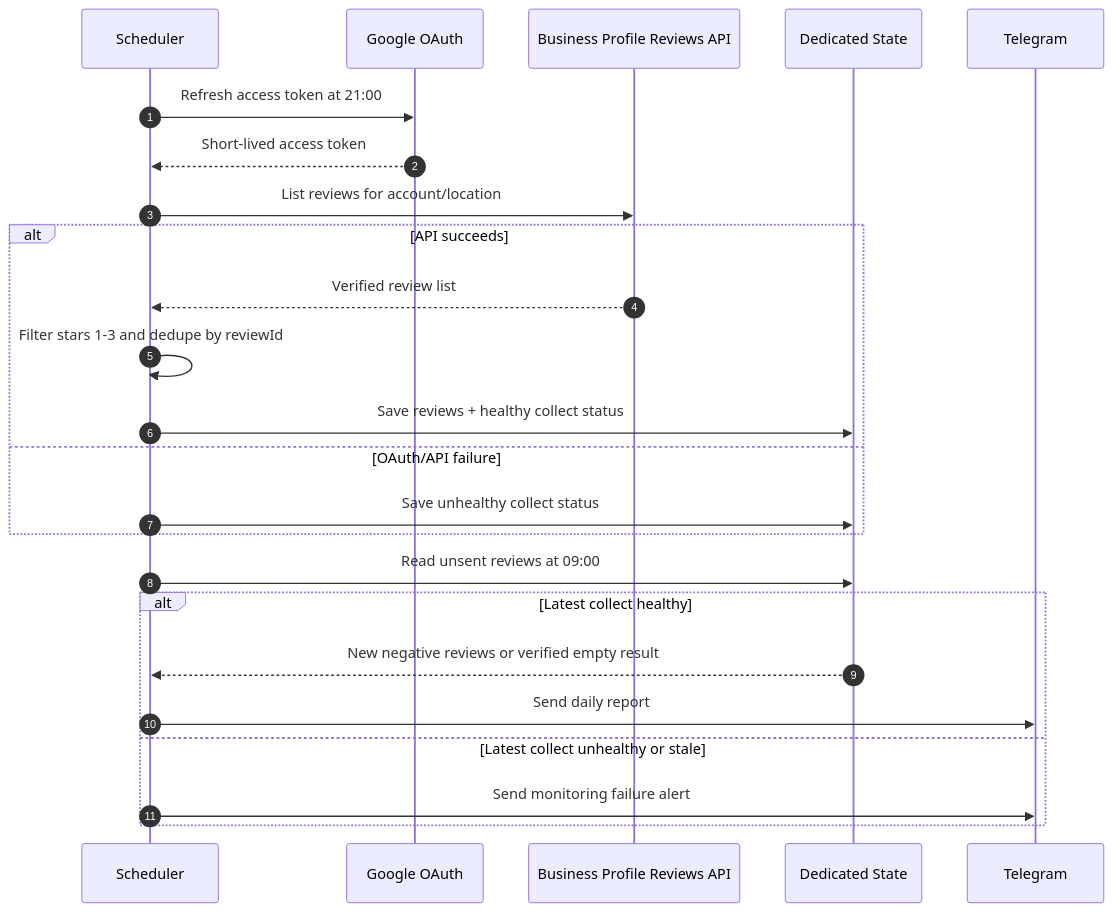
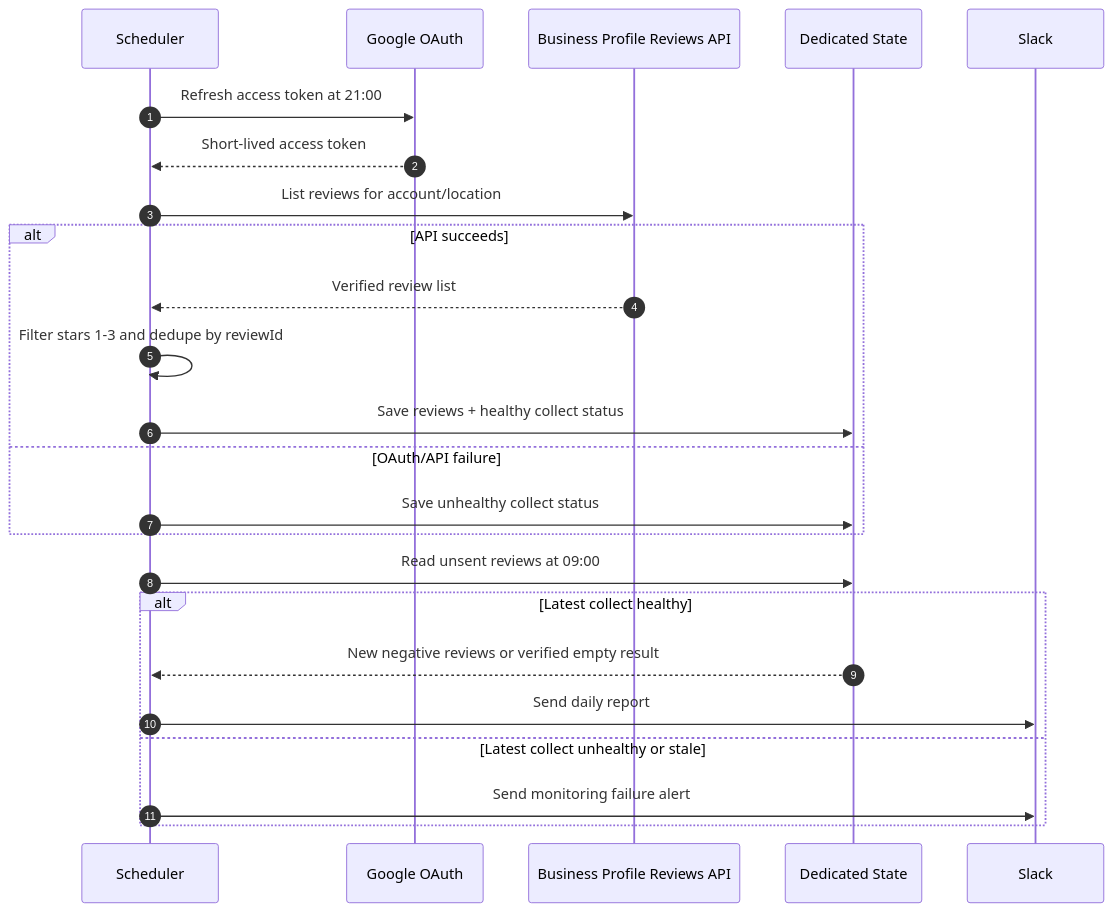
Before and after one commit to nunutech40/company-detector-bot: the second of 2 diagrams in docs/technical/GOOGLE_REVIEW_MONITOR.md, drawn with Mermaid. The commit also changed other lines of this file and 13 other files, not shown here.

````diff
--- a/docs/technical/GOOGLE_REVIEW_MONITOR.md
+++ b/docs/technical/GOOGLE_REVIEW_MONITOR.md
@@ -67,29 +67,29 @@
 ```mermaid
 sequenceDiagram
   autonumber
   participant Scheduler
   participant OAuth as Google OAuth
   participant GBP as Business Profile Reviews API
   participant State as Dedicated State
-  participant Telegram
+  participant Slack
 
   Scheduler->>OAuth: Refresh access token at 21:00
   OAuth-->>Scheduler: Short-lived access token
   Scheduler->>GBP: List reviews for account/location
 
   alt API succeeds
     GBP-->>Scheduler: Verified review list
     Scheduler->>Scheduler: Filter stars 1-3 and dedupe by reviewId
     Scheduler->>State: Save reviews + healthy collect status
   else OAuth/API failure
     Scheduler->>State: Save unhealthy collect status
   end
 
   Scheduler->>State: Read unsent reviews at 09:00
   alt Latest collect healthy
     State-->>Scheduler: New negative reviews or verified empty result
-    Scheduler->>Telegram: Send daily report
+    Scheduler->>Slack: Send daily report
   else Latest collect unhealthy or stale
-    Scheduler->>Telegram: Send monitoring failure alert
+    Scheduler->>Slack: Send monitoring failure alert
   end
 ```
````
